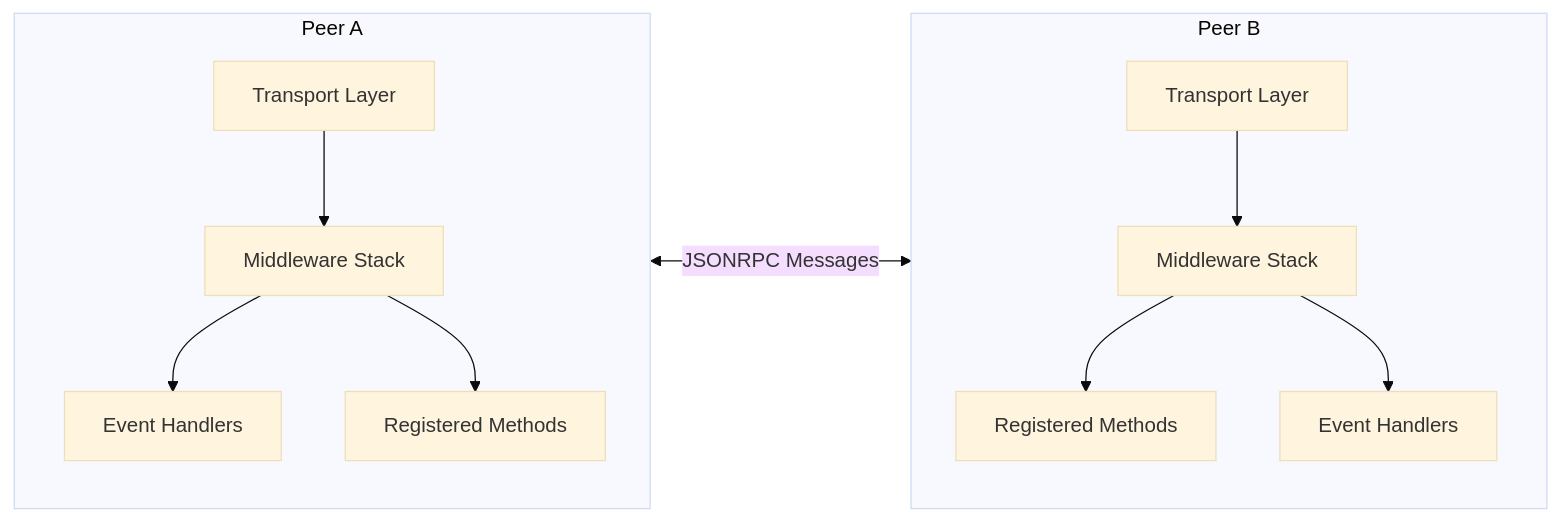
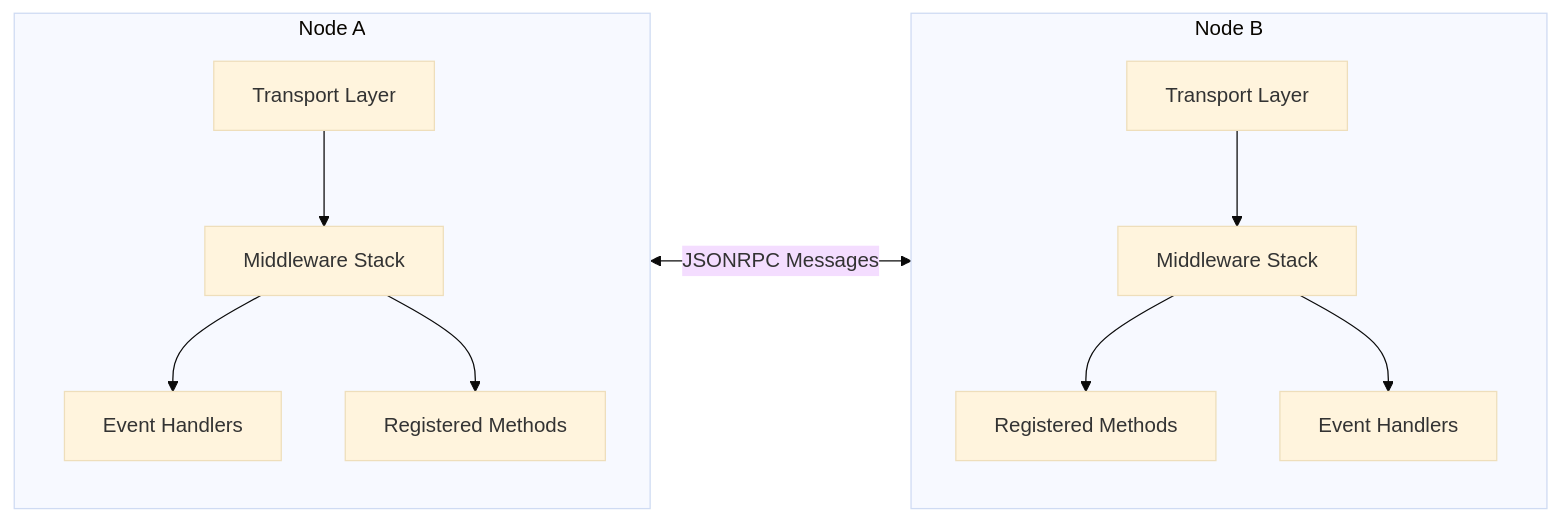
Before and after one commit to WalletMesh/walletmesh-packages: the first of 3 diagrams in packages/jsonrpc/README.md, drawn with Mermaid (base theme). The commit also changed other lines of this file and 10 other files, not shown here.

````diff
--- a/packages/jsonrpc/README.md
+++ b/packages/jsonrpc/README.md
@@ -9,20 +9,20 @@
 ```mermaid
 graph LR
-    subgraph Peer_B[Peer B]
+    subgraph Node_B[Node B]
         direction TB
         B_Transport[Transport Layer] --> B_Middleware[Middleware Stack]
 
         B_Middleware --> B_Methods[Registered Methods]
         B_Middleware --> B_Events[Event Handlers]
     end
 
-    subgraph Peer_A[Peer A]
+    subgraph Node_A[Node A]
         direction TB
         A_Transport[Transport Layer] --> A_Middleware[Middleware Stack]
 
         A_Middleware --> A_Events[Event Handlers]
         A_Middleware --> A_Methods[Registered Methods]
     end
 
-    Peer_A <-->|JSONRPC Messages| Peer_B
+    Node_A <-->|JSONRPC Messages| Node_B
 ```
````
